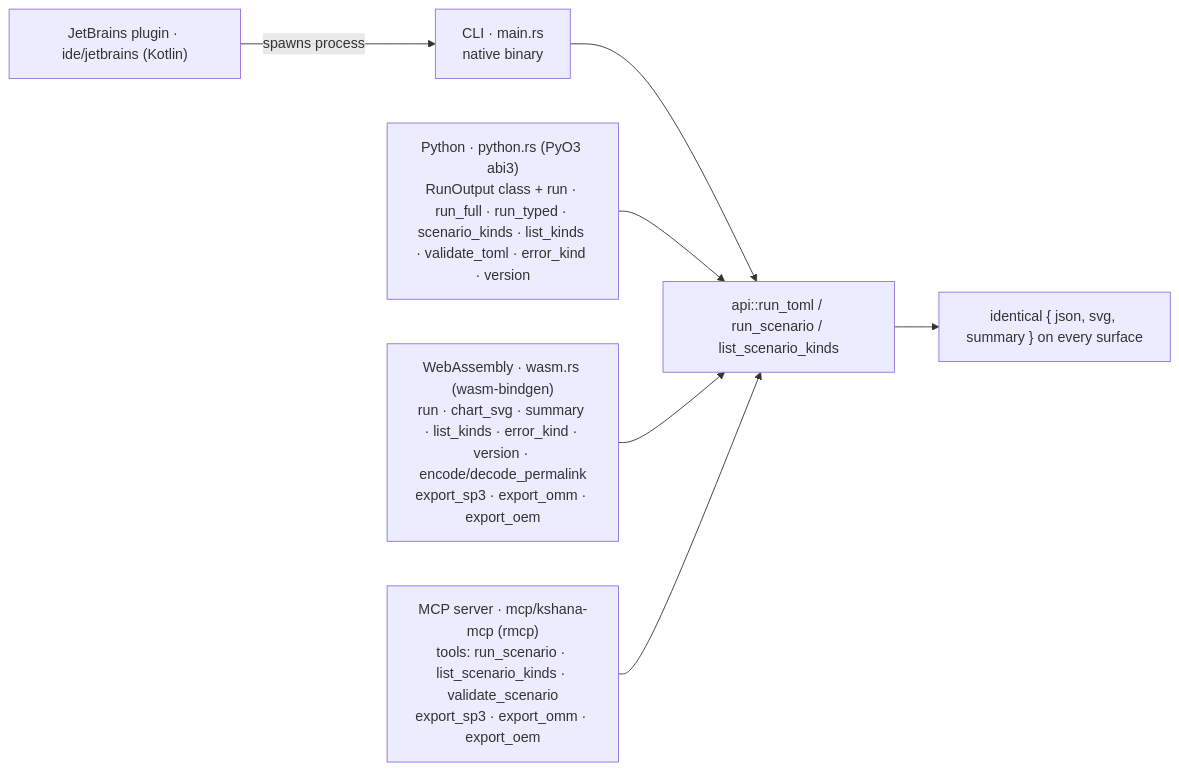
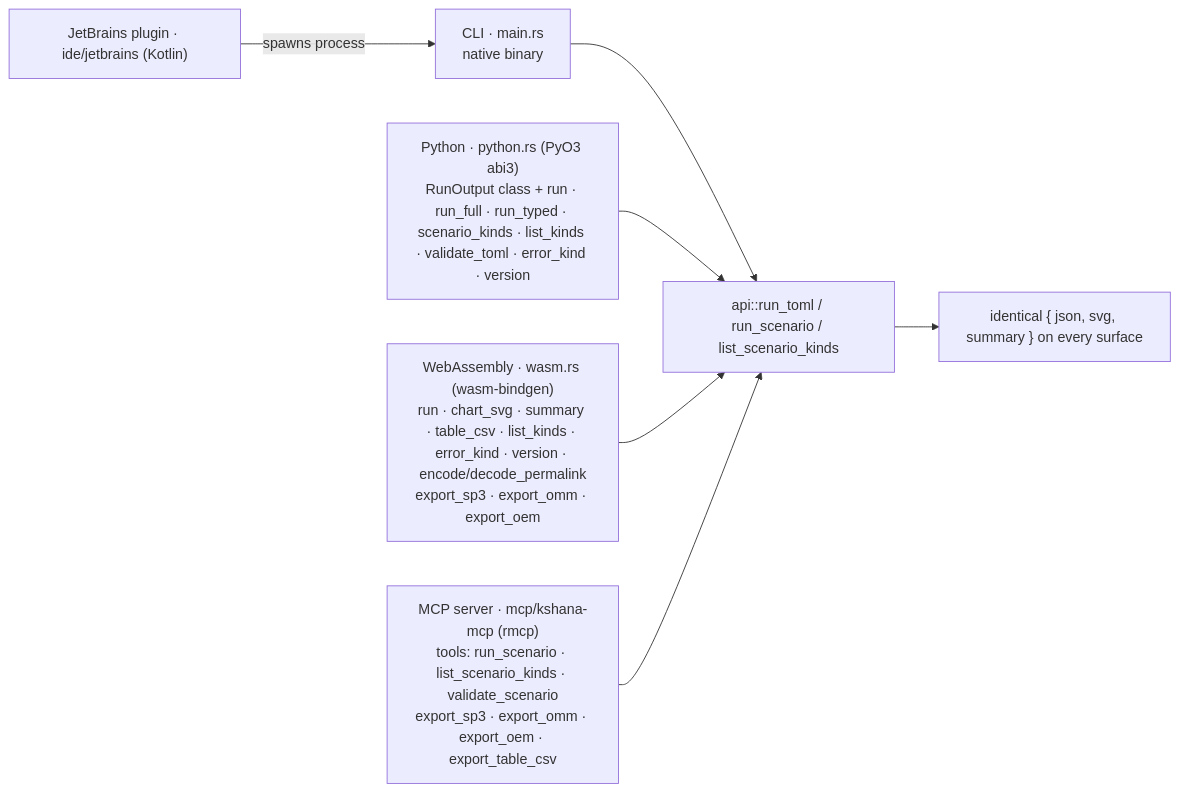
One commit to ashfordeOU/kshana changed diagram 11 of 11 in docs/ARCHITECTURE.md. Above: the diagram before and after it, drawn with Mermaid. The commit also changed other lines of this file and 72 other files, not shown here.

````diff
--- a/docs/ARCHITECTURE.md
+++ b/docs/ARCHITECTURE.md
@@ -563,9 +564,9 @@
 ```mermaid
 flowchart LR
     cli["CLI · main.rs<br/>native binary"] --> api
     py["Python · python.rs (PyO3 abi3)<br/>RunOutput class + run · run_full · run_typed · scenario_kinds · list_kinds · validate_toml · error_kind · version"] --> api
-    wasm["WebAssembly · wasm.rs (wasm-bindgen)<br/>run · chart_svg · summary · list_kinds · error_kind · version · encode/decode_permalink<br/>export_sp3 · export_omm · export_oem"] --> api
-    mcp["MCP server · mcp/kshana-mcp (rmcp)<br/>tools: run_scenario · list_scenario_kinds · validate_scenario<br/>export_sp3 · export_omm · export_oem"] --> api
+    wasm["WebAssembly · wasm.rs (wasm-bindgen)<br/>run · chart_svg · summary · table_csv · list_kinds · error_kind · version · encode/decode_permalink<br/>export_sp3 · export_omm · export_oem"] --> api
+    mcp["MCP server · mcp/kshana-mcp (rmcp)<br/>tools: run_scenario · list_scenario_kinds · validate_scenario<br/>export_sp3 · export_omm · export_oem · export_table_csv"] --> api
     ide["JetBrains plugin · ide/jetbrains (Kotlin)"] -- spawns process --> cli
     api["api::run_toml / run_scenario / list_scenario_kinds"] --> out["identical { json, svg, summary } on every surface"]
 ```
````
